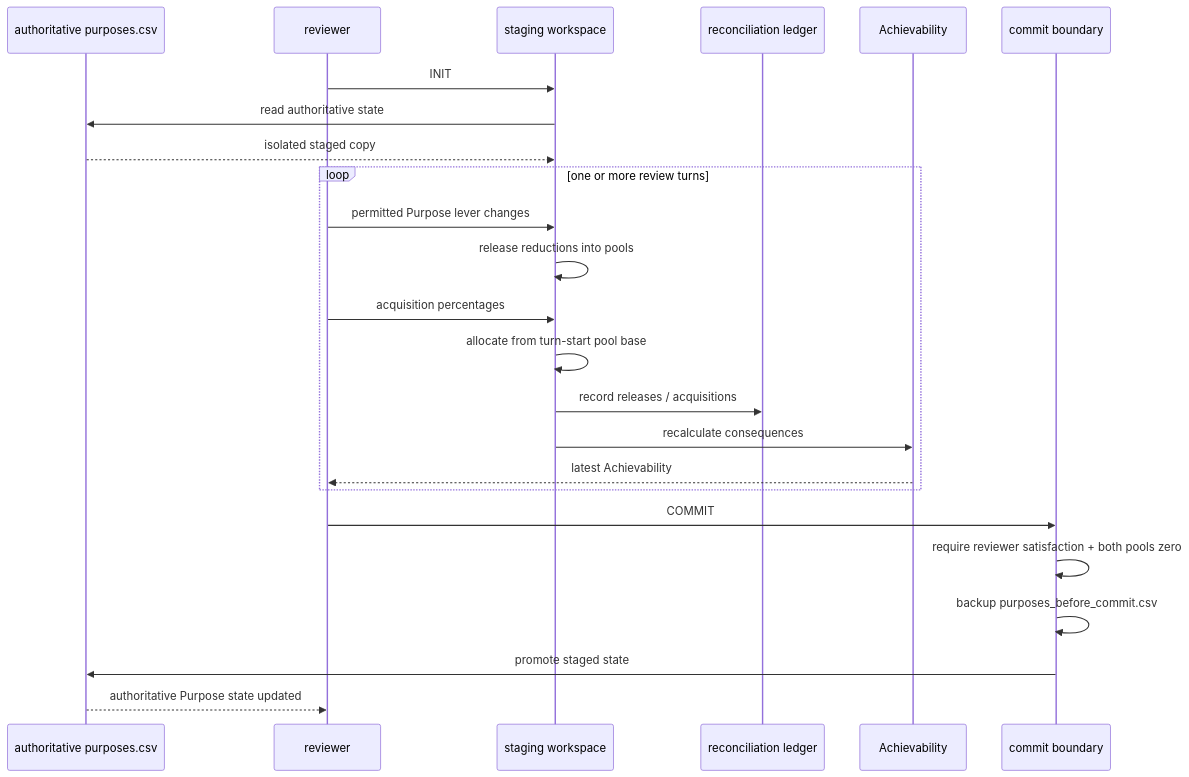
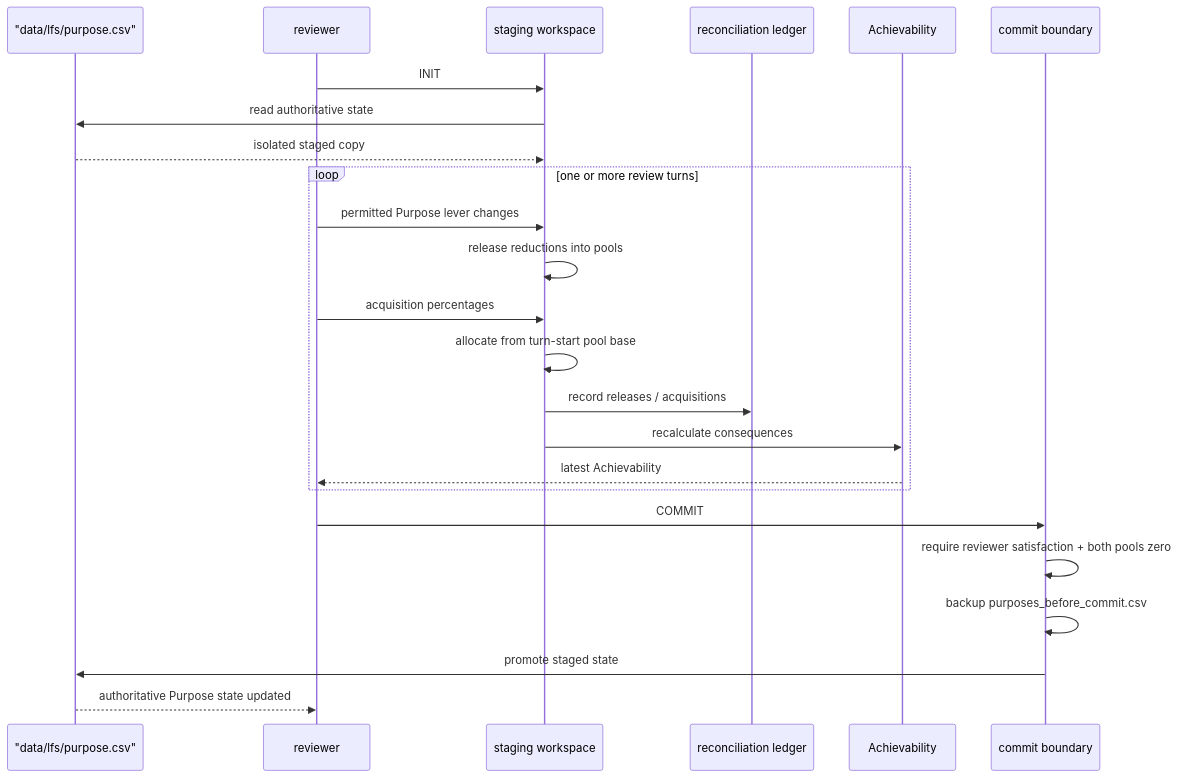
The ninth of 14 diagrams in docs/Lakshya_Pipeline_Sequence.md (rrajeshkannan/lakshya), drawn with Mermaid before and after one commit. The commit also changed other lines of this file and 5 other files, not shown here.

Commit message:
docs: add comprehensive Lakshya architecture documentation

````diff
--- a/docs/Lakshya_Pipeline_Sequence.md
+++ b/docs/Lakshya_Pipeline_Sequence.md
@@ -515,27 +515,27 @@
 ```mermaid
 sequenceDiagram
-    participant Source as authoritative purposes.csv
+    participant Source as "data/lfs/purpose.csv"
     participant Reviewer as reviewer
     participant Stage as staging workspace
     participant Ledger as reconciliation ledger
     participant Ach as Achievability
     participant Commit as commit boundary
 
     Reviewer->>Stage: INIT
     Stage->>Source: read authoritative state
     Source-->>Stage: isolated staged copy
     loop one or more review turns
         Reviewer->>Stage: permitted Purpose lever changes
         Stage->>Stage: release reductions into pools
         Reviewer->>Stage: acquisition percentages
         Stage->>Stage: allocate from turn-start pool base
         Stage->>Ledger: record releases / acquisitions
         Stage->>Ach: recalculate consequences
         Ach-->>Reviewer: latest Achievability
     end
     Reviewer->>Commit: COMMIT
     Commit->>Commit: require reviewer satisfaction + both pools zero
     Commit->>Commit: backup purposes_before_commit.csv
     Commit->>Source: promote staged state
     Source-->>Reviewer: authoritative Purpose state updated
 ```
````
